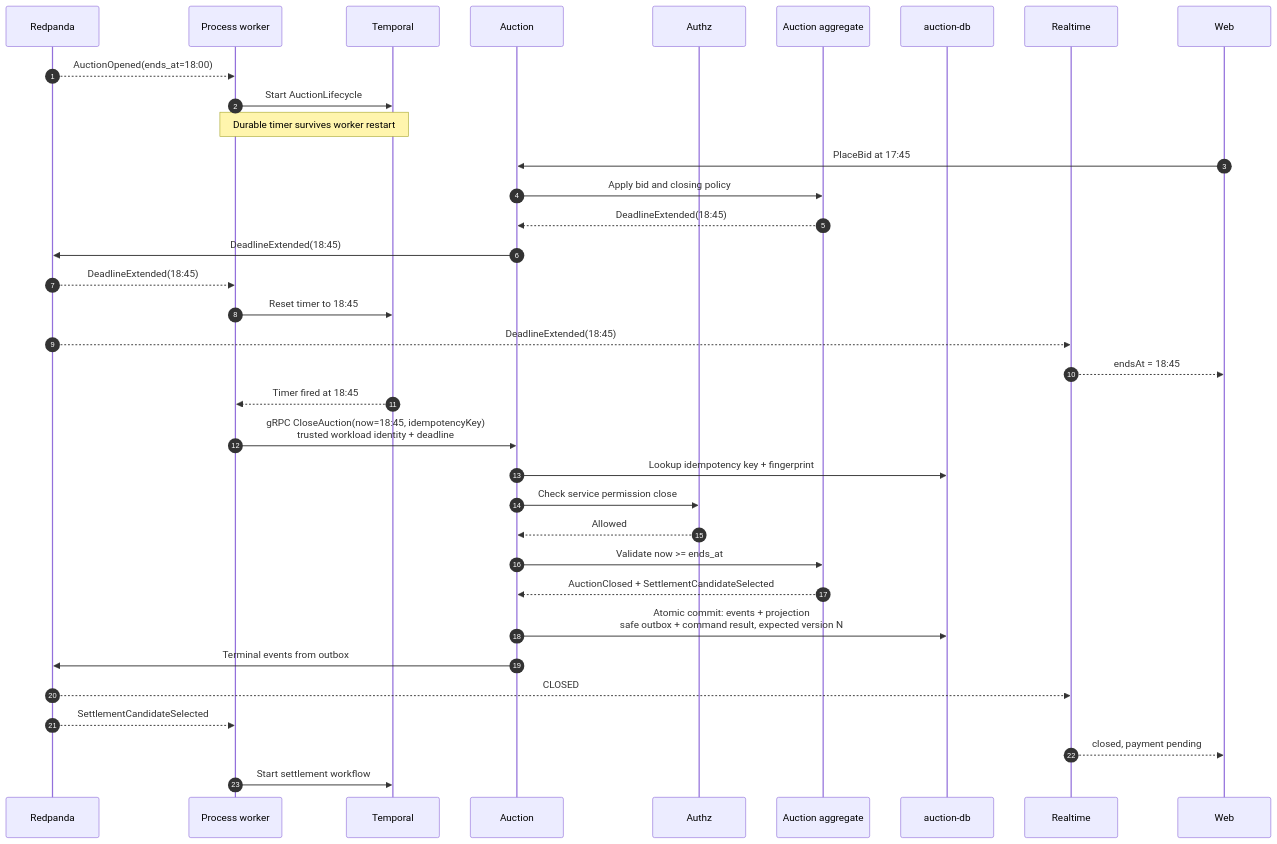
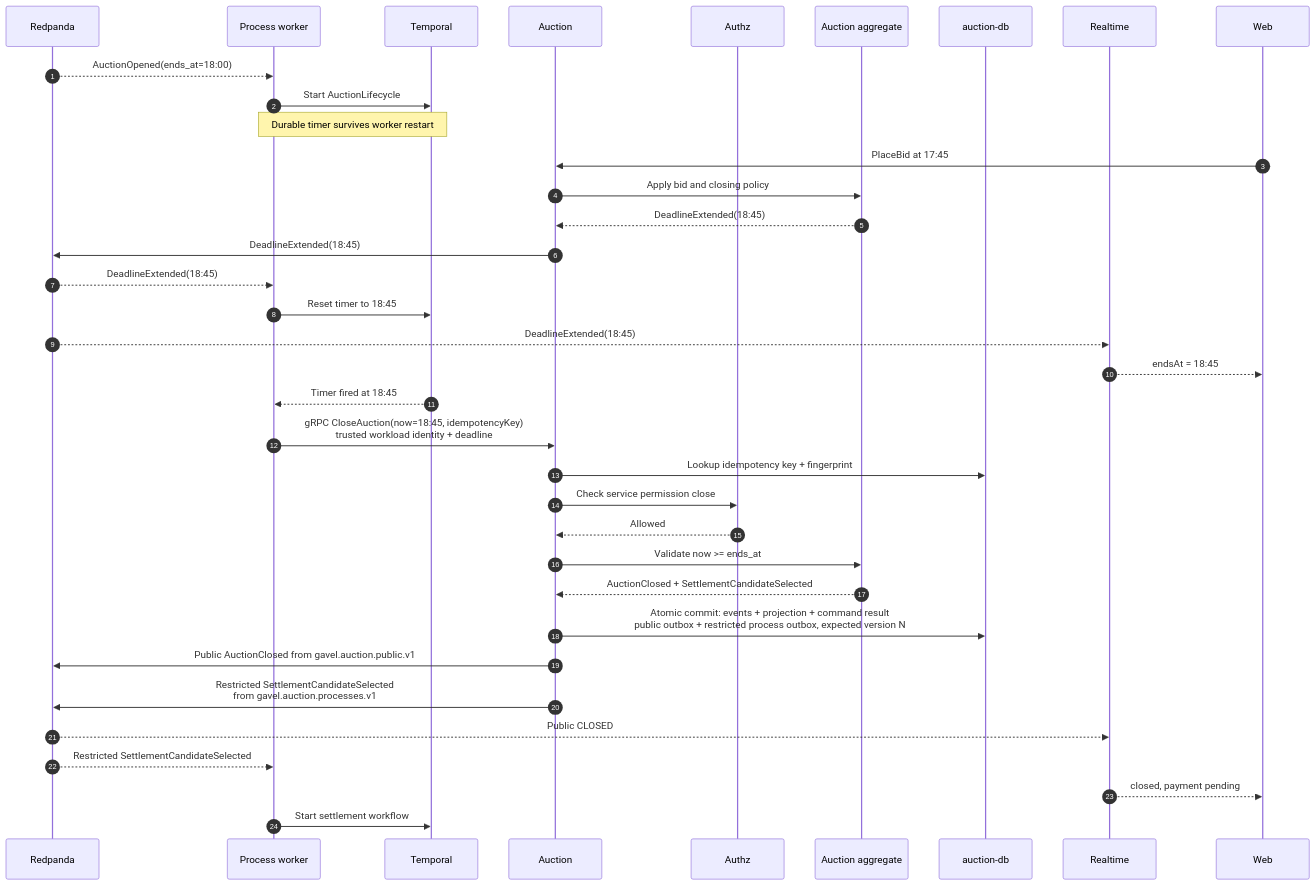
One commit to batazor/gavel changed the diagram in contexts/auction/use-cases/close-by-deadline/README.md. Above: the diagram before and after it, drawn with Mermaid. The commit also changed other lines of this file and 358 other files, not shown here.

````diff
--- a/contexts/auction/use-cases/close-by-deadline/README.md
+++ b/contexts/auction/use-cases/close-by-deadline/README.md
@@ -24,38 +24,39 @@
 ```mermaid
 sequenceDiagram
     autonumber
     participant Broker as Redpanda
     participant Worker as Process worker
     participant Temporal
     participant Auction
     participant Authz
     participant Aggregate as Auction aggregate
     participant DB as auction-db
     participant Realtime
     participant Web
 
     Broker-->>Worker: AuctionOpened(ends_at=18:00)
     Worker->>Temporal: Start AuctionLifecycle
     Note over Worker,Temporal: Durable timer survives worker restart
     Web->>Auction: PlaceBid at 17:45
     Auction->>Aggregate: Apply bid and closing policy
     Aggregate-->>Auction: DeadlineExtended(18:45)
     Auction->>Broker: DeadlineExtended(18:45)
     Broker-->>Worker: DeadlineExtended(18:45)
     Worker->>Temporal: Reset timer to 18:45
     Broker-->>Realtime: DeadlineExtended(18:45)
     Realtime-->>Web: endsAt = 18:45
     Temporal-->>Worker: Timer fired at 18:45
     Worker->>Auction: gRPC CloseAuction(now=18:45, idempotencyKey)<br/>trusted workload identity + deadline
     Auction->>DB: Lookup idempotency key + fingerprint
     Auction->>Authz: Check service permission close
     Authz-->>Auction: Allowed
     Auction->>Aggregate: Validate now >= ends_at
     Aggregate-->>Auction: AuctionClosed + SettlementCandidateSelected
-    Auction->>DB: Atomic commit: events + projection<br/>safe outbox + command result, expected version N
-    Auction->>Broker: Terminal events from outbox
-    Broker-->>Realtime: CLOSED
-    Broker-->>Worker: SettlementCandidateSelected
+    Auction->>DB: Atomic commit: events + projection + command result<br/>public outbox + restricted process outbox, expected version N
+    Auction->>Broker: Public AuctionClosed from gavel.auction.public.v1
+    Auction->>Broker: Restricted SettlementCandidateSelected<br/>from gavel.auction.processes.v1
+    Broker-->>Realtime: Public CLOSED
+    Broker-->>Worker: Restricted SettlementCandidateSelected
     Realtime-->>Web: closed, payment pending
     Worker->>Temporal: Start settlement workflow
 ```
````
